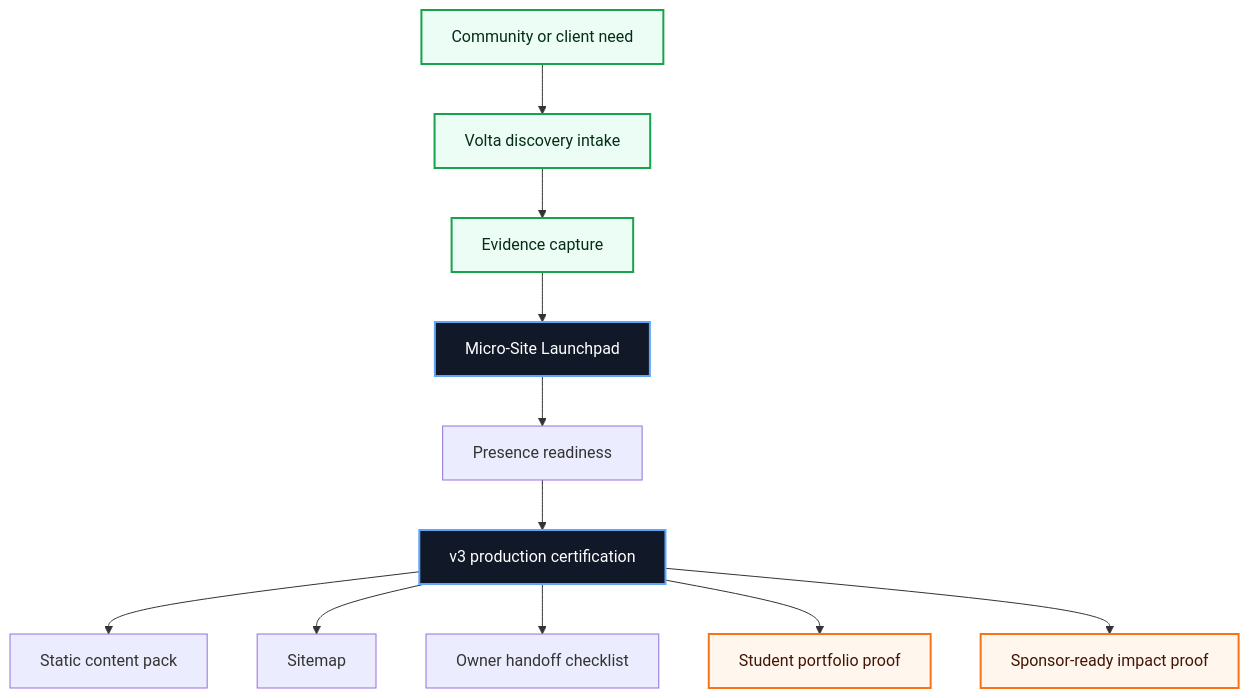
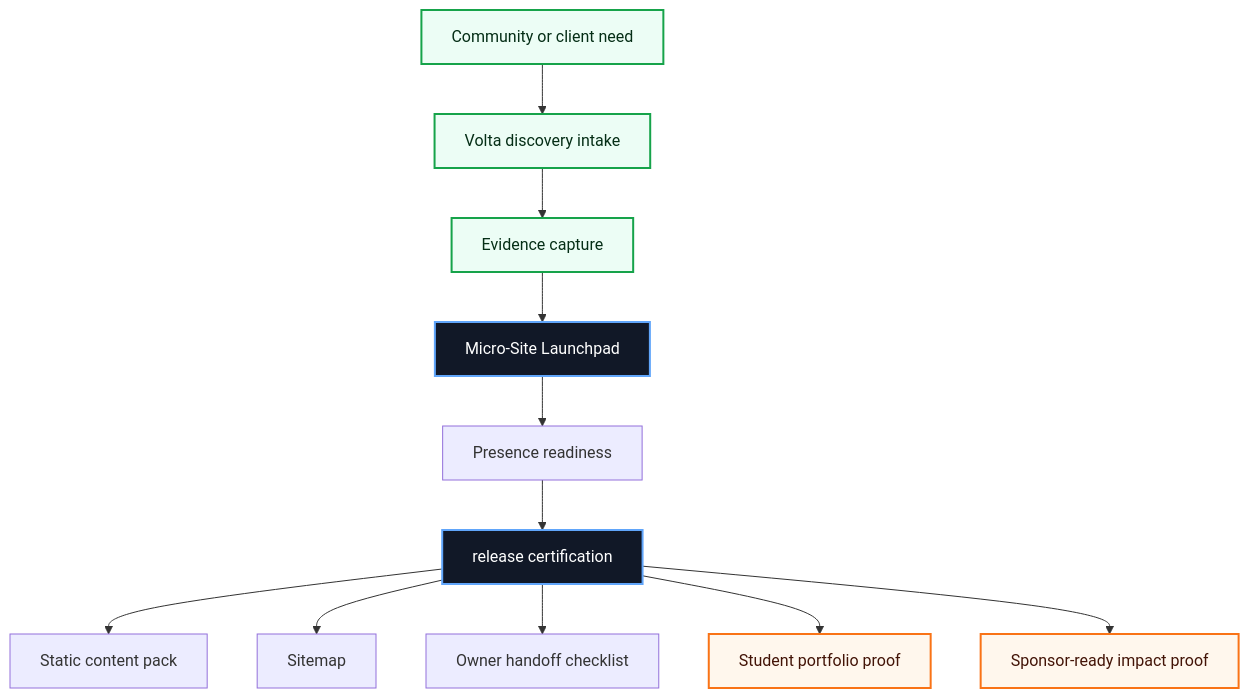
Before and after one commit to volta-npo/micro-site-launchpad: the first of 3 diagrams in README.md, drawn with Mermaid. The commit also changed other lines of this file and 32 other files, not shown here.

````diff
--- a/README.md
+++ b/README.md
@@ -43,20 +43,20 @@
 ```mermaid
 flowchart TD
     Need["Community or client need"] --> Intake["Volta discovery intake"]
     Intake --> Evidence["Evidence capture"]
     Evidence --> Workbench["Micro-Site Launchpad"]
     Workbench --> Score["Presence readiness"]
-    Score --> Cert["v3 production certification"]
+    Score --> Cert["release certification"]
     Cert --> A1["Static content pack"]
     Cert --> A2["Sitemap"]
     Cert --> A3["Owner handoff checklist"]
     Cert --> Student["Student portfolio proof"]
     Cert --> Sponsor["Sponsor-ready impact proof"]
 
     classDef volta fill:#111827,stroke:#60a5fa,color:#ffffff,stroke-width:2px;
     classDef equity fill:#ecfdf5,stroke:#16a34a,color:#052e16,stroke-width:2px;
     classDef proof fill:#fff7ed,stroke:#f97316,color:#431407,stroke-width:2px;
     class Workbench,Cert volta;
     class Need,Intake,Evidence equity;
     class Student,Sponsor proof;
 ```
````
